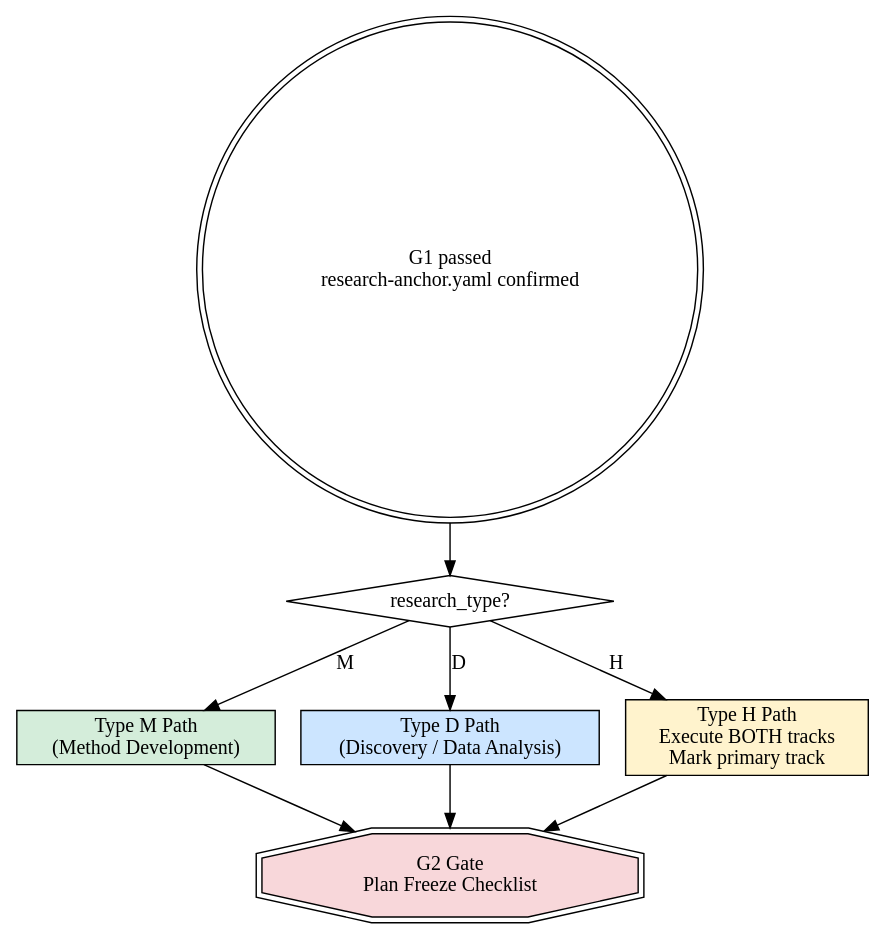
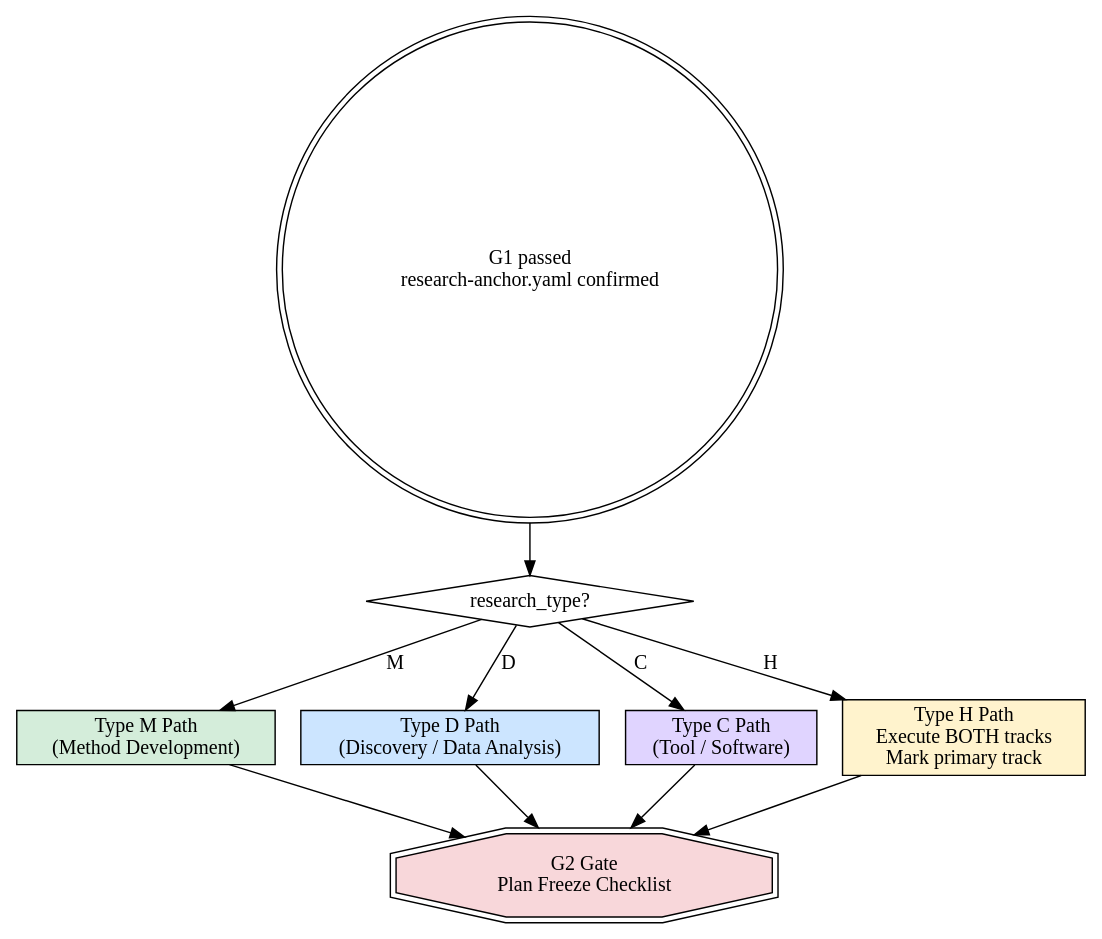
Before and after one commit to EvoClaw/amplify: the diagram in skills/method-framework-design/SKILL.md, drawn with Graphviz. The commit also changed other lines of this file and 13 other files, not shown here.

````diff
--- a/skills/method-framework-design/SKILL.md
+++ b/skills/method-framework-design/SKILL.md
@@ -18,19 +53,22 @@
 ```dot
 digraph branching {
     rankdir=TB;
     start [label="G1 passed\nresearch-anchor.yaml confirmed" shape=doublecircle];
     check [label="research_type?" shape=diamond];
     M [label="Type M Path\n(Method Development)" shape=box style=filled fillcolor="#d4edda"];
     D [label="Type D Path\n(Discovery / Data Analysis)" shape=box style=filled fillcolor="#cce5ff"];
+    C [label="Type C Path\n(Tool / Software)" shape=box style=filled fillcolor="#e0d4ff"];
     H [label="Type H Path\nExecute BOTH tracks\nMark primary track" shape=box style=filled fillcolor="#fff3cd"];
     gate [label="G2 Gate\nPlan Freeze Checklist" shape=doubleoctagon style=filled fillcolor="#f8d7da"];
 
     start -> check;
     check -> M [label="M"];
     check -> D [label="D"];
+    check -> C [label="C"];
     check -> H [label="H"];
     M -> gate;
     D -> gate;
+    C -> gate;
     H -> gate;
 }
 ```
````
